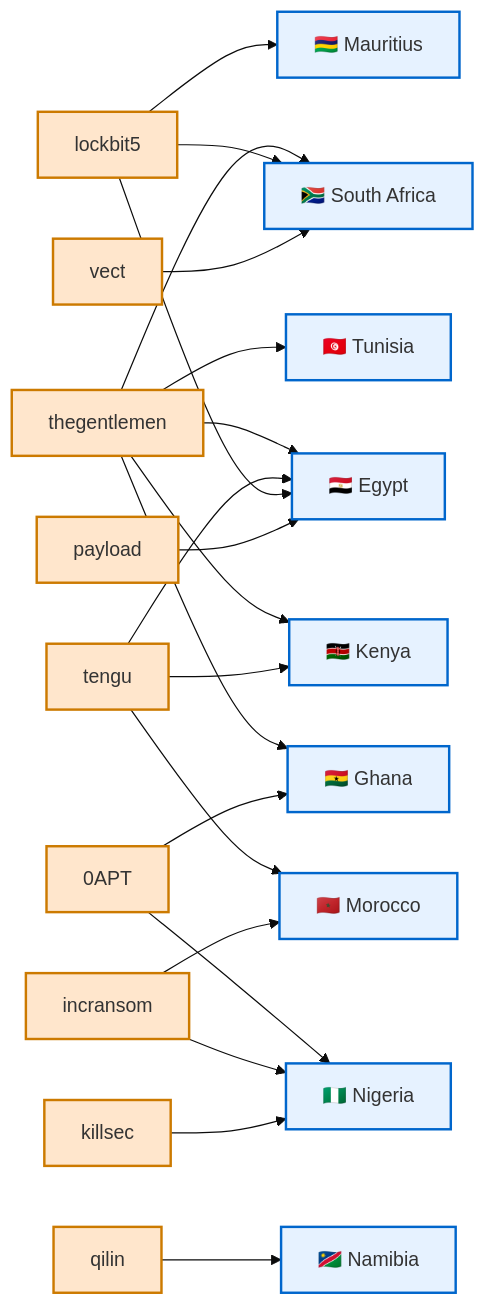
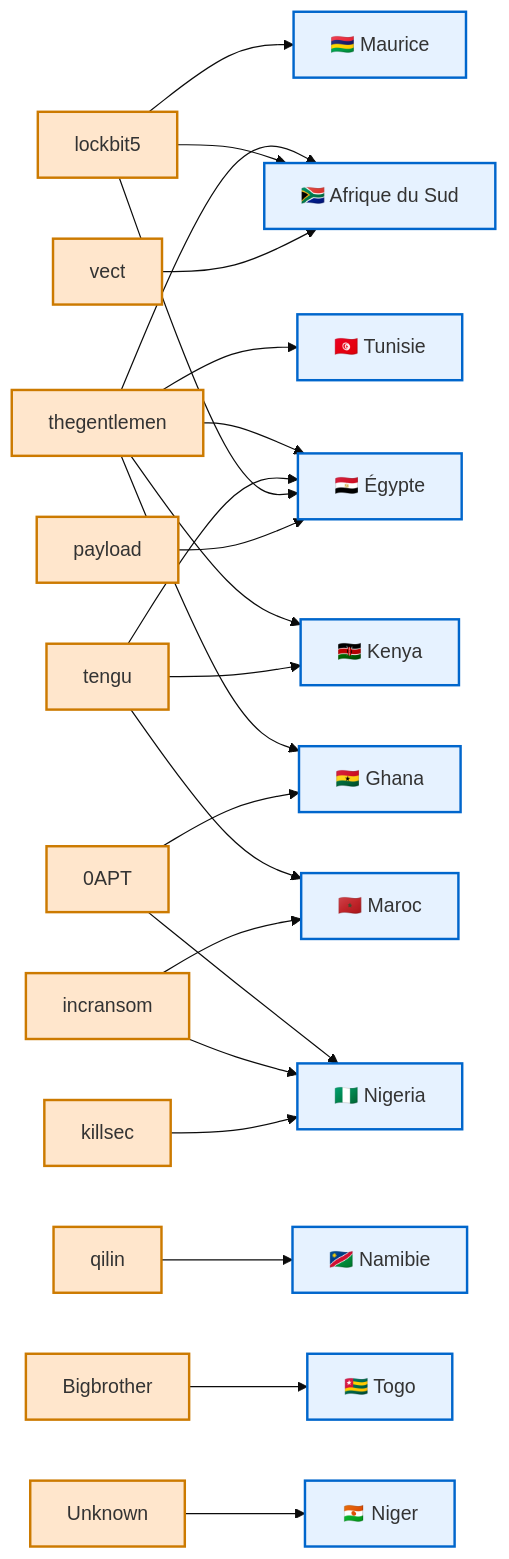
Before and after one commit to Hatchepsoute/AFRINTEL: the first of 2 diagrams in visual-intelligence/README.md, drawn with Mermaid (base theme). The commit also changed other lines of this file and 3 other files, not shown here.

````diff
--- a/visual-intelligence/README.md
+++ b/visual-intelligence/README.md
@@ -13,51 +17,57 @@
 ```mermaid
 flowchart LR
 
 classDef actor fill:#ffe6cc,stroke:#cc7a00,stroke-width:2px;
 classDef country fill:#e6f2ff,stroke:#0066cc,stroke-width:2px;
 
 A1["thegentlemen"]:::actor
 A2["tengu"]:::actor
 A3["0APT"]:::actor
 A4["lockbit5"]:::actor
 A5["incransom"]:::actor
 A6["vect"]:::actor
 A7["qilin"]:::actor
 A8["payload"]:::actor
 A9["killsec"]:::actor
+A10["Bigbrother"]:::actor
+A11["Unknown"]:::actor
 
-C1["🇿🇦 South Africa"]:::country
-C2["🇪🇬 Egypt"]:::country
+C1["🇿🇦 Afrique du Sud"]:::country
+C2["🇪🇬 Égypte"]:::country
 C3["🇰🇪 Kenya"]:::country
 C4["🇳🇬 Nigeria"]:::country
 C5["🇬🇭 Ghana"]:::country
-C6["🇲🇦 Morocco"]:::country
-C7["🇹🇳 Tunisia"]:::country
-C8["🇳🇦 Namibia"]:::country
-C9["🇲🇺 Mauritius"]:::country
+C6["🇲🇦 Maroc"]:::country
+C7["🇹🇳 Tunisie"]:::country
+C8["🇳🇦 Namibie"]:::country
+C9["🇲🇺 Maurice"]:::country
+C10["🇹🇬 Togo"]:::country
+C11["🇳🇪 Niger"]:::country
 
 A1 --> C1
 A1 --> C2
 A1 --> C3
 A1 --> C5
 A1 --> C7
 
 A2 --> C6
 A2 --> C2
 A2 --> C3
 
 A3 --> C5
 A3 --> C4
 
 A4 --> C2
 A4 --> C9
 A4 --> C1
 
 A5 --> C4
 A5 --> C6
 
 A6 --> C1
 A7 --> C8
 A8 --> C2
 A9 --> C4
+A10 --> C10
+A11 --> C11
 ```
````
